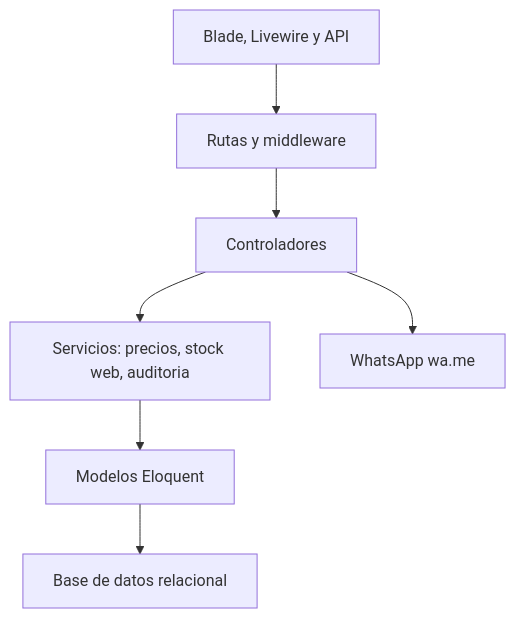
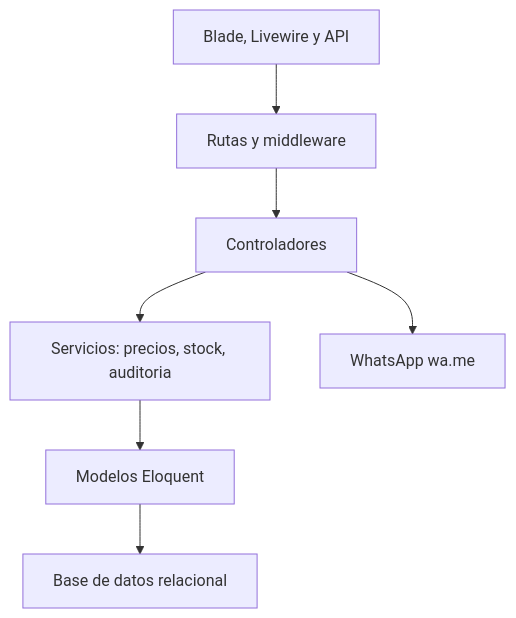
Before and after one commit to georgeelimelec-byte/tienda_km2: the second of 4 diagrams in outputs/architecture_docs/ARQUITECTURA_Y_DIAGRAMAS.md, drawn with Mermaid. The commit also changed other lines of this file and 58 other files, not shown here.

````diff
--- a/outputs/architecture_docs/ARQUITECTURA_Y_DIAGRAMAS.md
+++ b/outputs/architecture_docs/ARQUITECTURA_Y_DIAGRAMAS.md
@@ -36,9 +39,9 @@
 ```mermaid
 flowchart TB
     UI["Blade, Livewire y API"] --> Routes["Rutas y middleware"]
     Routes --> Controllers["Controladores"]
-    Controllers --> Services["Servicios: precios, stock web, auditoria"]
+    Controllers --> Services["Servicios: precios, stock, auditoria"]
     Services --> Models["Modelos Eloquent"]
     Models --> DB["Base de datos relacional"]
     Controllers --> Whatsapp["WhatsApp wa.me"]
 ```
````
